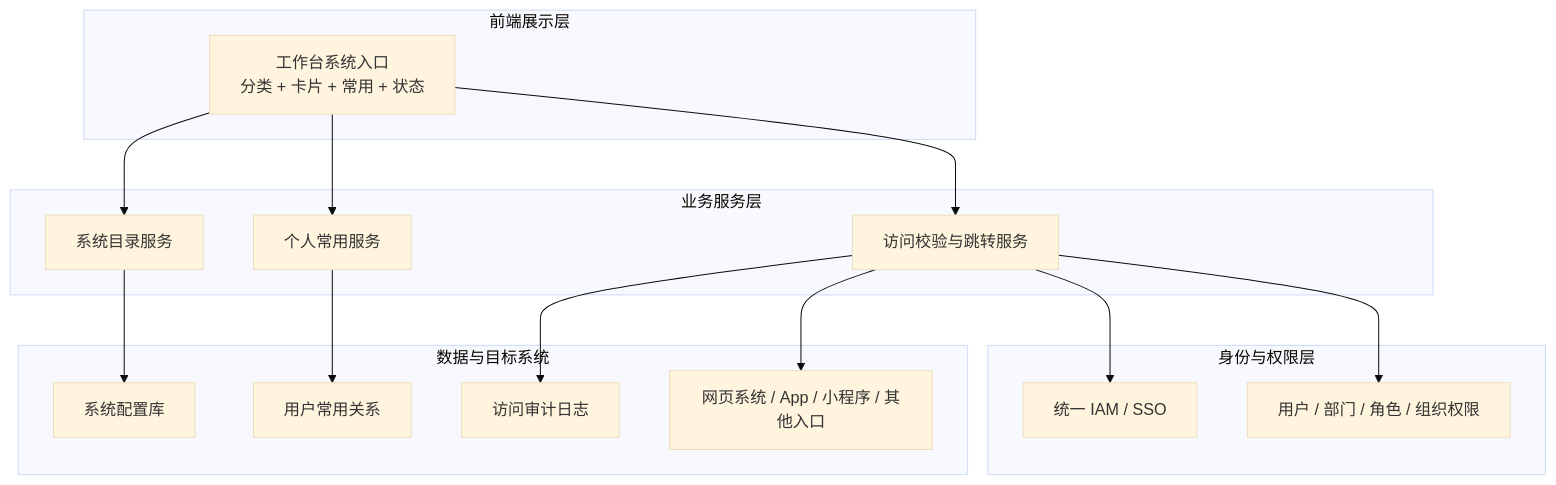
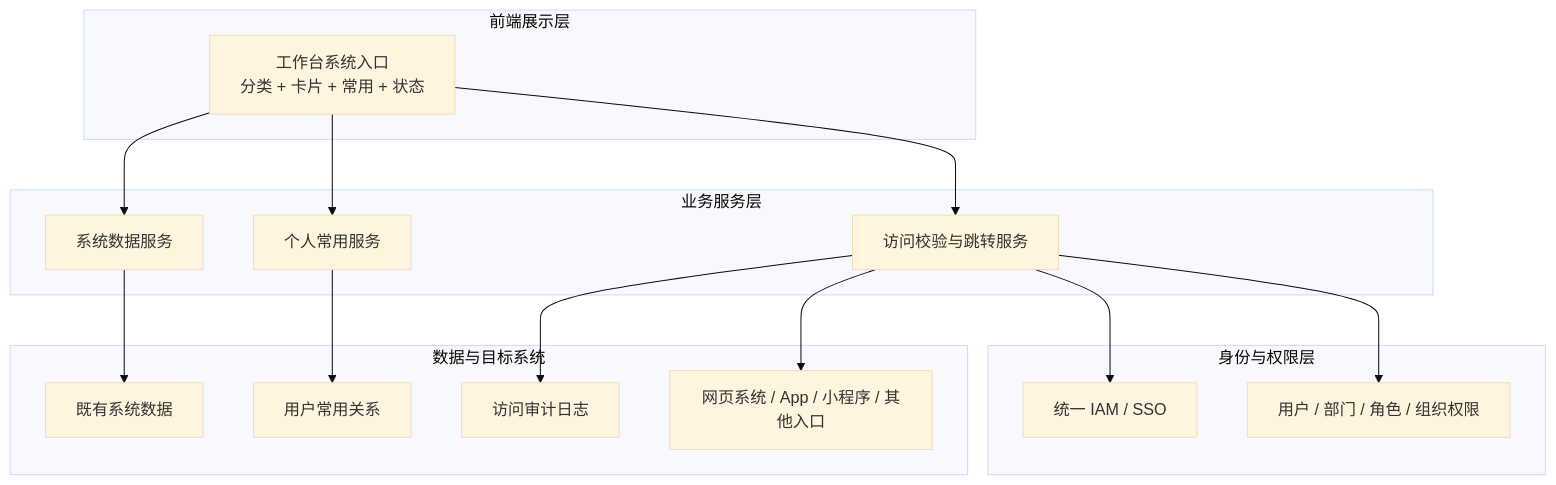
Before and after one commit to fri555/PORTL: the first of 6 diagrams in docs/需求文档/20260716-【PRD】AI工作台-系统入口-天马智擎.md, drawn with Mermaid (base theme). The commit also changed other lines of this file, not shown here.

```diff
--- a/docs/需求文档/20260716-【PRD】AI工作台-系统入口-天马智擎.md
+++ b/docs/需求文档/20260716-【PRD】AI工作台-系统入口-天马智擎.md
@@ -235,34 +229,34 @@
 ~~~mermaid
 graph TB
     subgraph L1["前端展示层"]
         A["工作台系统入口<br/>分类 + 卡片 + 常用 + 状态"]
     end
 
     subgraph L2["业务服务层"]
-        B["系统目录服务"]
+        B["系统数据服务"]
         C["个人常用服务"]
         D["访问校验与跳转服务"]
     end
 
     subgraph L3["身份与权限层"]
         E["统一 IAM / SSO"]
         F["用户 / 部门 / 角色 / 组织权限"]
     end
 
     subgraph L4["数据与目标系统"]
-        G["系统配置库"]
+        G["既有系统数据"]
         H["用户常用关系"]
         I["访问审计日志"]
         J["网页系统 / App / 小程序 / 其他入口"]
     end
 
     A --> B
     A --> C
     A --> D
     B --> G
     C --> H
     D --> E
     D --> F
     D --> I
     D --> J
 ~~~
```
